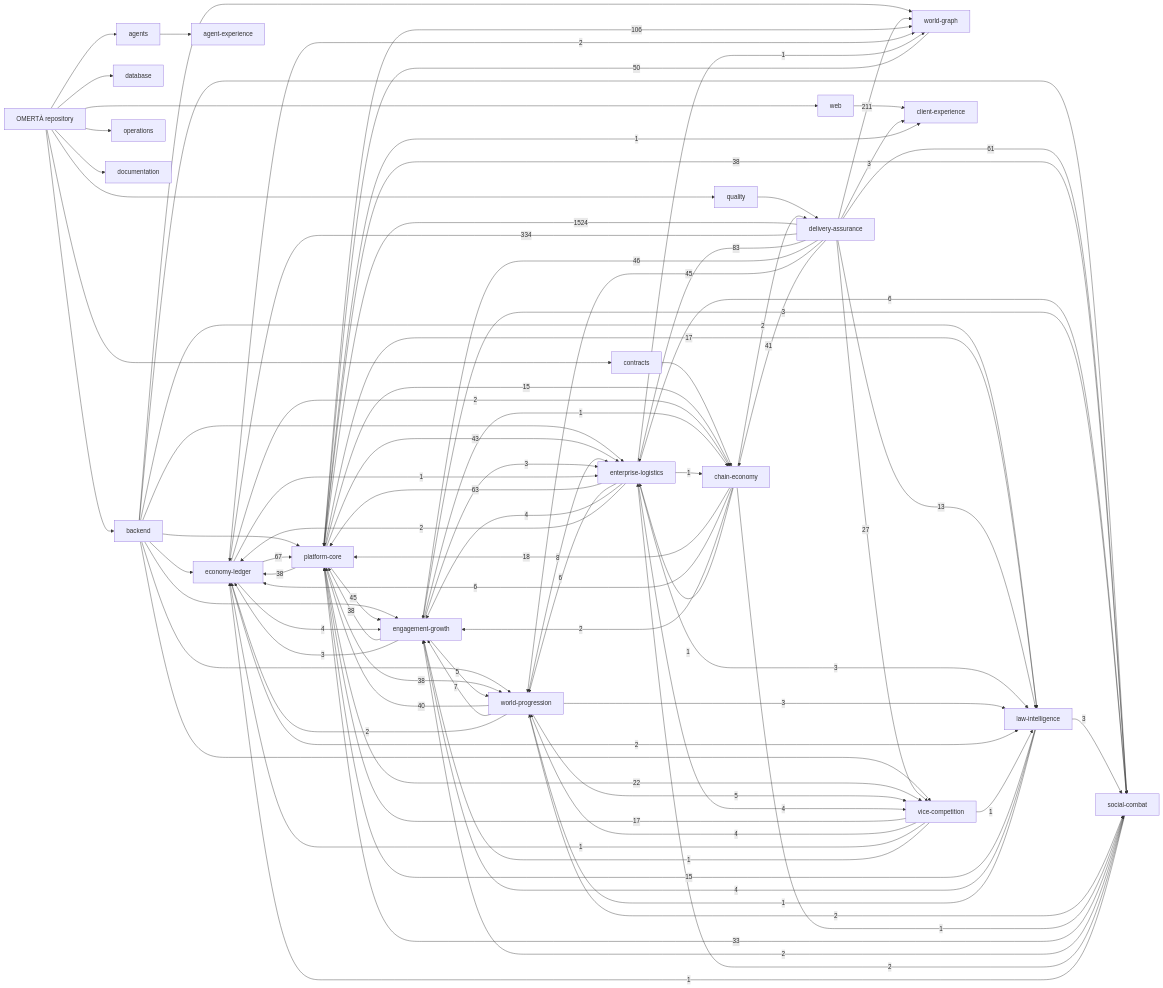
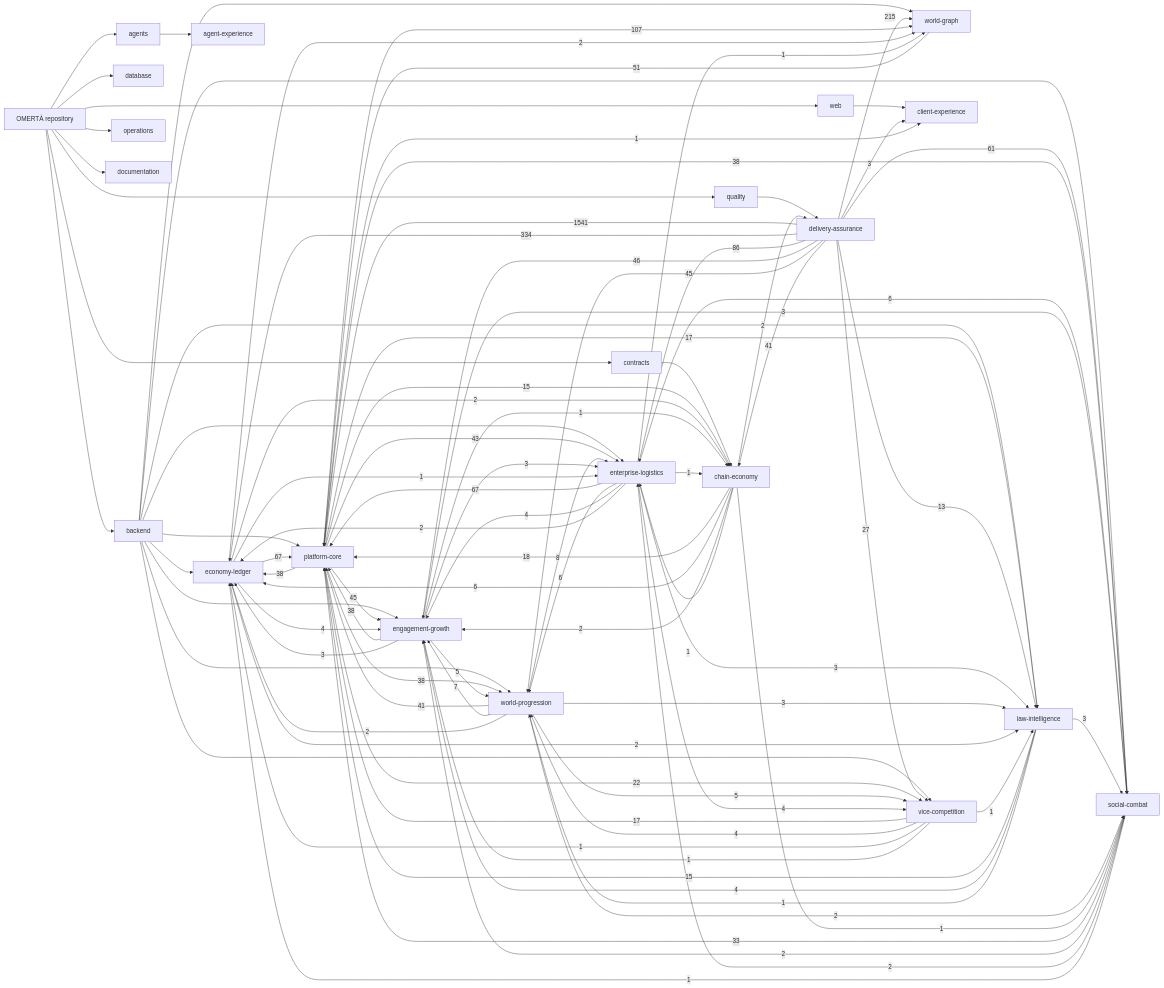
The diagram in knowledge/generated/graph.mmd (OmertaDev/Omerta), drawn with Mermaid before and after one commit. The commit also changed 8 other files, not shown here.

```diff
--- a/knowledge/generated/graph.mmd
+++ b/knowledge/generated/graph.mmd
@@ -1,113 +1,113 @@
 flowchart LR
   repo["OMERTÀ repository"]
   sub_backend["backend"]
   repo --> sub_backend
   sub_database["database"]
   repo --> sub_database
   sub_web["web"]
   repo --> sub_web
   sub_contracts["contracts"]
   repo --> sub_contracts
   sub_agents["agents"]
   repo --> sub_agents
   sub_quality["quality"]
   repo --> sub_quality
   sub_operations["operations"]
   repo --> sub_operations
   sub_documentation["documentation"]
   repo --> sub_documentation
   dom_platform-core["platform-core"]
   dom_economy-ledger["economy-ledger"]
   dom_social-combat["social-combat"]
   dom_world-progression["world-progression"]
   dom_world-graph["world-graph"]
   dom_enterprise-logistics["enterprise-logistics"]
   dom_vice-competition["vice-competition"]
   dom_law-intelligence["law-intelligence"]
   dom_chain-economy["chain-economy"]
   dom_engagement-growth["engagement-growth"]
   dom_client-experience["client-experience"]
   dom_agent-experience["agent-experience"]
   dom_delivery-assurance["delivery-assurance"]
   sub_agents --> dom_agent-experience
   sub_backend --> dom_economy-ledger
   sub_backend --> dom_engagement-growth
   sub_backend --> dom_enterprise-logistics
   sub_backend --> dom_law-intelligence
   sub_backend --> dom_platform-core
   sub_backend --> dom_social-combat
   sub_backend --> dom_vice-competition
   sub_backend --> dom_world-graph
   sub_backend --> dom_world-progression
   sub_contracts --> dom_chain-economy
   sub_quality --> dom_delivery-assurance
   sub_web --> dom_client-experience
-  dom_delivery-assurance -->|1524| dom_platform-core
+  dom_delivery-assurance -->|1541| dom_platform-core
   dom_delivery-assurance -->|334| dom_economy-ledger
-  dom_delivery-assurance -->|211| dom_world-graph
-  dom_platform-core -->|106| dom_world-graph
-  dom_delivery-assurance -->|83| dom_enterprise-logistics
+  dom_delivery-assurance -->|215| dom_world-graph
+  dom_platform-core -->|107| dom_world-graph
+  dom_delivery-assurance -->|86| dom_enterprise-logistics
   dom_economy-ledger -->|67| dom_platform-core
-  dom_enterprise-logistics -->|63| dom_platform-core
+  dom_enterprise-logistics -->|67| dom_platform-core
   dom_delivery-assurance -->|61| dom_social-combat
-  dom_world-graph -->|50| dom_platform-core
+  dom_world-graph -->|51| dom_platform-core
   dom_delivery-assurance -->|46| dom_engagement-growth
   dom_delivery-assurance -->|45| dom_world-progression
   dom_platform-core -->|45| dom_engagement-growth
   dom_platform-core -->|43| dom_enterprise-logistics
   dom_delivery-assurance -->|41| dom_chain-economy
-  dom_world-progression -->|40| dom_platform-core
+  dom_world-progression -->|41| dom_platform-core
   dom_engagement-growth -->|38| dom_platform-core
   dom_platform-core -->|38| dom_economy-ledger
   dom_platform-core -->|38| dom_social-combat
   dom_platform-core -->|38| dom_world-progression
   dom_social-combat -->|33| dom_platform-core
   dom_delivery-assurance -->|27| dom_vice-competition
   dom_platform-core -->|22| dom_vice-competition
   dom_chain-economy -->|18| dom_platform-core
   dom_platform-core -->|17| dom_law-intelligence
   dom_vice-competition -->|17| dom_platform-core
   dom_law-intelligence -->|15| dom_platform-core
   dom_platform-core -->|15| dom_chain-economy
   dom_delivery-assurance -->|13| dom_law-intelligence
   dom_world-progression -->|8| dom_enterprise-logistics
   dom_world-progression -->|7| dom_engagement-growth
   dom_chain-economy -->|6| dom_economy-ledger
   dom_enterprise-logistics -->|6| dom_social-combat
   dom_enterprise-logistics -->|6| dom_world-progression
   dom_engagement-growth -->|5| dom_world-progression
   dom_world-progression -->|5| dom_vice-competition
   dom_economy-ledger -->|4| dom_engagement-growth
   dom_enterprise-logistics -->|4| dom_engagement-growth
   dom_enterprise-logistics -->|4| dom_vice-competition
   dom_law-intelligence -->|4| dom_engagement-growth
   dom_vice-competition -->|4| dom_world-progression
   dom_delivery-assurance -->|3| dom_client-experience
   dom_engagement-growth -->|3| dom_economy-ledger
   dom_engagement-growth -->|3| dom_enterprise-logistics
   dom_engagement-growth -->|3| dom_social-combat
   dom_enterprise-logistics -->|3| dom_law-intelligence
   dom_law-intelligence -->|3| dom_social-combat
   dom_world-progression -->|3| dom_law-intelligence
   dom_chain-economy -->|2| dom_delivery-assurance
   dom_chain-economy -->|2| dom_engagement-growth
   dom_economy-ledger -->|2| dom_chain-economy
   dom_economy-ledger -->|2| dom_law-intelligence
   dom_economy-ledger -->|2| dom_world-graph
   dom_enterprise-logistics -->|2| dom_economy-ledger
   dom_social-combat -->|2| dom_engagement-growth
   dom_social-combat -->|2| dom_enterprise-logistics
   dom_world-progression -->|2| dom_economy-ledger
   dom_world-progression -->|2| dom_social-combat
   dom_chain-economy -->|1| dom_enterprise-logistics
   dom_chain-economy -->|1| dom_social-combat
   dom_economy-ledger -->|1| dom_enterprise-logistics
   dom_engagement-growth -->|1| dom_chain-economy
   dom_enterprise-logistics -->|1| dom_chain-economy
   dom_enterprise-logistics -->|1| dom_world-graph
   dom_law-intelligence -->|1| dom_world-progression
   dom_platform-core -->|1| dom_client-experience
   dom_social-combat -->|1| dom_economy-ledger
   dom_vice-competition -->|1| dom_economy-ledger
   dom_vice-competition -->|1| dom_engagement-growth
   dom_vice-competition -->|1| dom_law-intelligence
```
